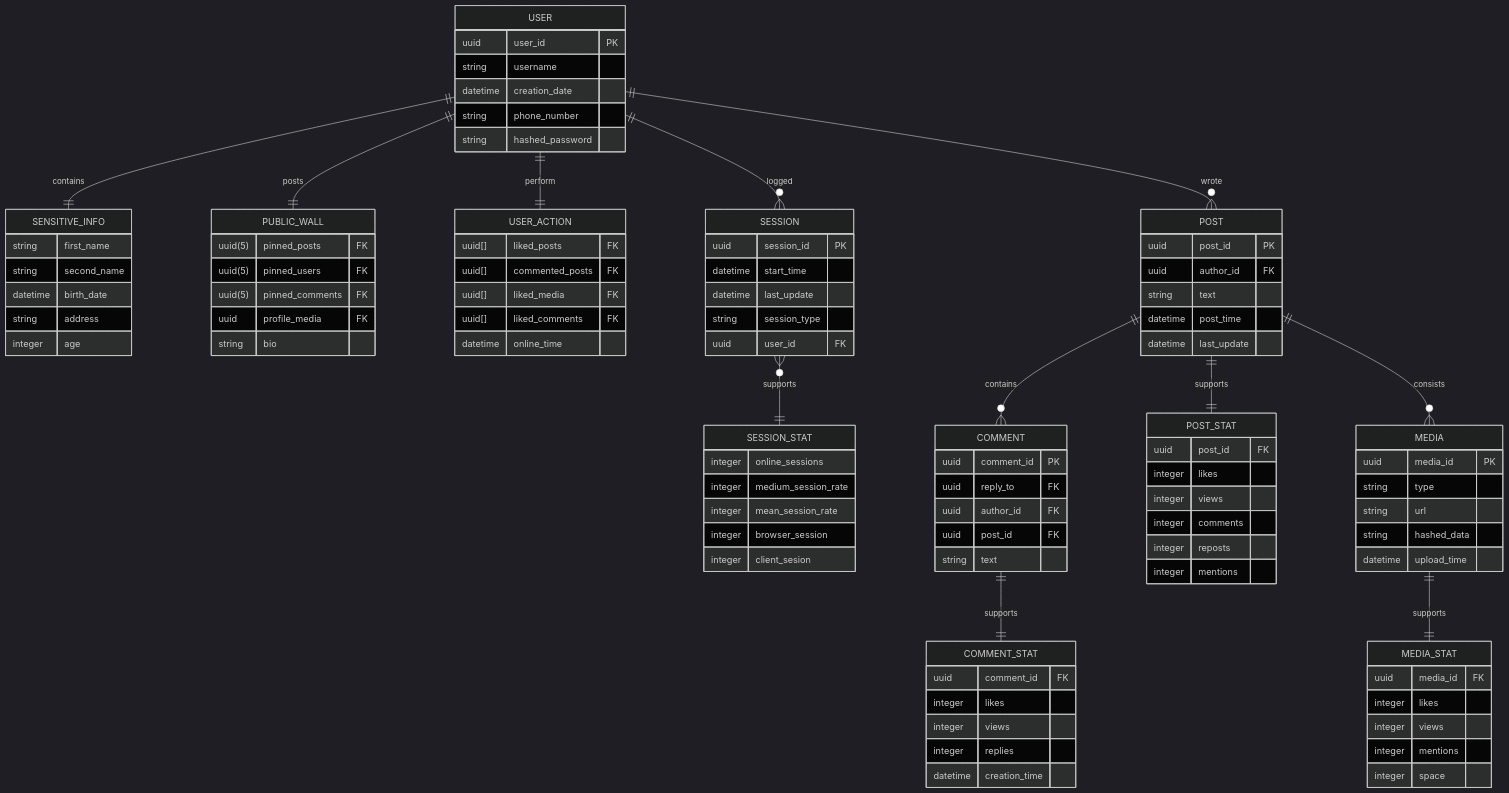
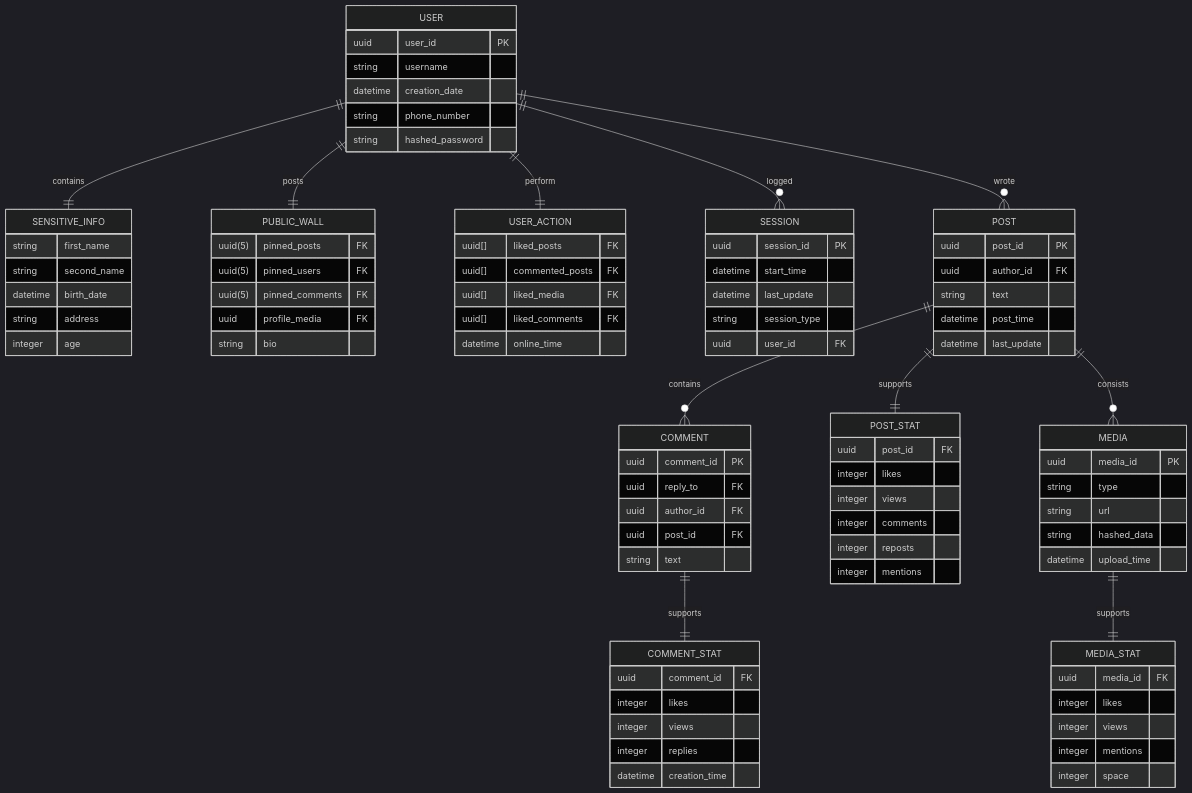
One commit to codeworse/soa changed the diagram in docs/all.md. Above: the diagram before and after it, drawn with Mermaid (dark theme). The commit also changed 5 other files, not shown here.

```diff
--- a/docs/all.md
+++ b/docs/all.md
@@ -4,7 +4,6 @@
     USER ||--|| PUBLIC_WALL : posts
     USER ||--|| USER_ACTION : perform
     USER ||--o{ SESSION : logged
-    SESSION }o--|| SESSION_STAT : supports
     USER ||--o{ POST : wrote
     POST ||--o{ COMMENT : contains
     POST ||--|| POST_STAT : supports
@@ -93,14 +92,6 @@
         datetime creation_time
     }
 
-    SESSION_STAT {
-        integer online_sessions
-        integer medium_session_rate
-        integer mean_session_rate
-        integer browser_session
-        integer client_sesion
-    }
-
     MEDIA_STAT {
         uuid media_id FK
         integer likes
```
